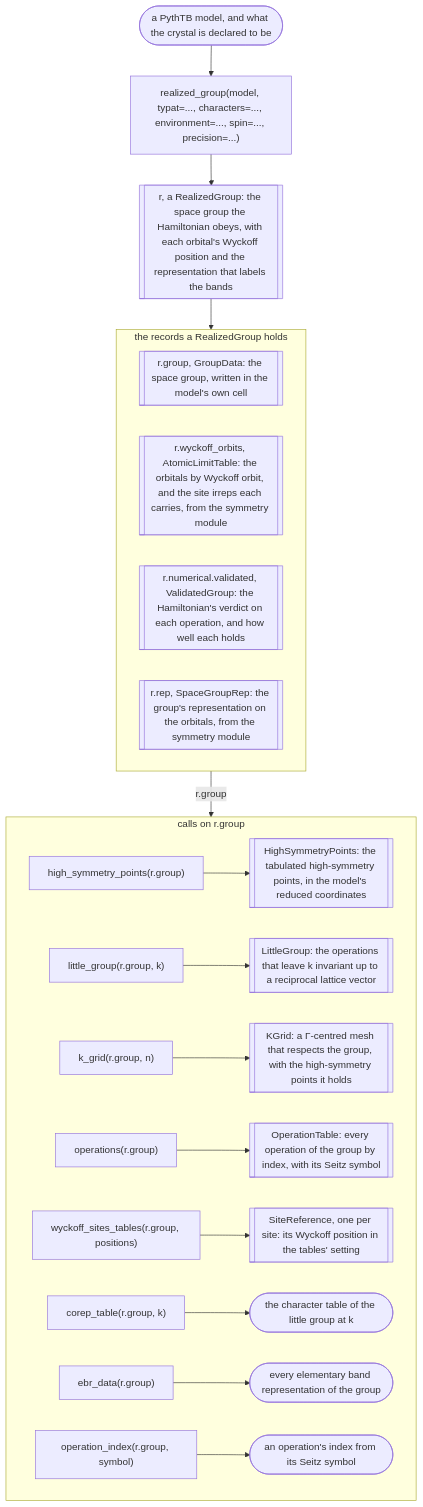
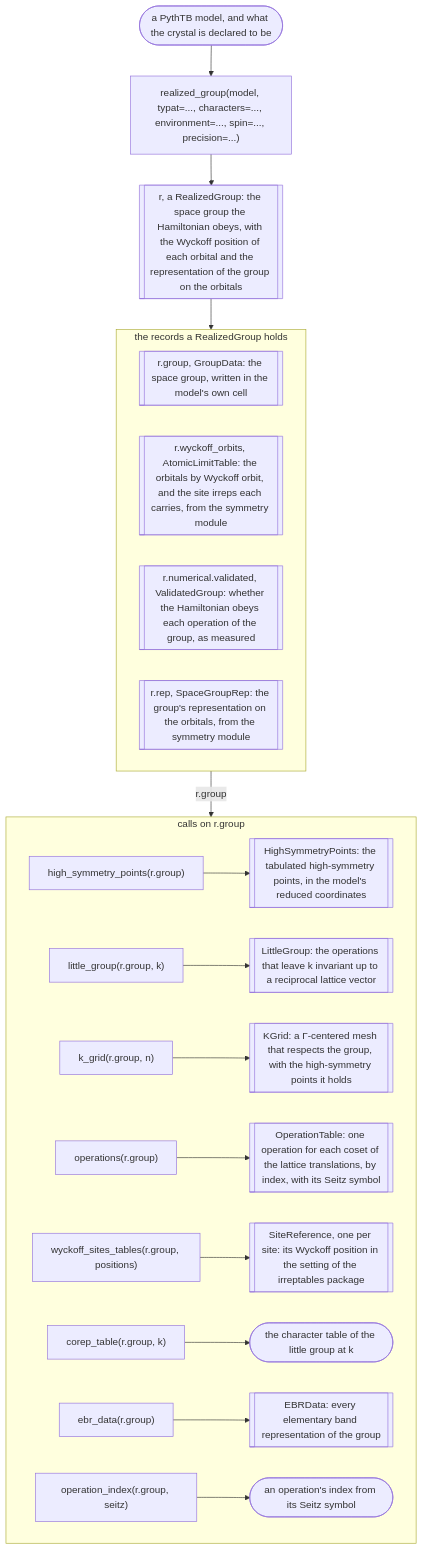
One commit to bbradlyn/pythtqc changed the second of 8 diagrams in docs/background/modules.md. Above: the diagram before and after it, drawn with Mermaid. The commit also changed other lines of this file and 7 other files, not shown here.

````diff
--- a/docs/background/modules.md
+++ b/docs/background/modules.md
@@ -68,30 +78,30 @@
 ```mermaid
 flowchart TD
     g_model(["a PythTB model, and what the crystal is declared to be"])
     g_realized["realized_group(model, typat=..., characters=..., environment=..., spin=..., precision=...)"]
-    g_r[["r, a RealizedGroup: the space group the Hamiltonian obeys, with each orbital's Wyckoff position and the representation that labels the bands"]]
+    g_r[["r, a RealizedGroup: the space group the Hamiltonian obeys, with the Wyckoff position of each orbital and the representation of the group on the orbitals"]]
 
     g_model --> g_realized --> g_r
     g_r --> g_fields
     g_fields -- "r.group" --> g_tables
 
     subgraph g_fields ["the records a RealizedGroup holds"]
         direction LR
         g_group[["r.group, GroupData: the space group, written in the model's own cell"]]
         g_orbits[["r.wyckoff_orbits, AtomicLimitTable: the orbitals by Wyckoff orbit, and the site irreps each carries, from the symmetry module"]]
-        g_validated[["r.numerical.validated, ValidatedGroup: the Hamiltonian's verdict on each operation, and how well each holds"]]
+        g_validated[["r.numerical.validated, ValidatedGroup: whether the Hamiltonian obeys each operation of the group, as measured"]]
         g_rep[["r.rep, SpaceGroupRep: the group's representation on the orbitals, from the symmetry module"]]
     end
 
     subgraph g_tables ["calls on r.group"]
         direction LR
         g_hsp["high_symmetry_points(r.group)"] --> g_hsp_out[["HighSymmetryPoints: the tabulated high-symmetry points, in the model's reduced coordinates"]]
         g_lg["little_group(r.group, k)"] --> g_lg_out[["LittleGroup: the operations that leave k invariant up to a reciprocal lattice vector"]]
-        g_kg["k_grid(r.group, n)"] --> g_kg_out[["KGrid: a Γ-centred mesh that respects the group, with the high-symmetry points it holds"]]
-        g_ops["operations(r.group)"] --> g_ops_out[["OperationTable: every operation of the group by index, with its Seitz symbol"]]
-        g_sites["wyckoff_sites_tables(r.group, positions)"] --> g_sites_out[["SiteReference, one per site: its Wyckoff position in the tables' setting"]]
+        g_kg["k_grid(r.group, n)"] --> g_kg_out[["KGrid: a Γ-centered mesh that respects the group, with the high-symmetry points it holds"]]
+        g_ops["operations(r.group)"] --> g_ops_out[["OperationTable: one operation for each coset of the lattice translations, by index, with its Seitz symbol"]]
+        g_sites["wyckoff_sites_tables(r.group, positions)"] --> g_sites_out[["SiteReference, one per site: its Wyckoff position in the setting of the irreptables package"]]
         g_ct["corep_table(r.group, k)"] --> g_ct_out(["the character table of the little group at k"])
-        g_ed["ebr_data(r.group)"] --> g_ed_out(["every elementary band representation of the group"])
-        g_seitz["operation_index(r.group, symbol)"] --> g_seitz_out(["an operation's index from its Seitz symbol"])
+        g_ed["ebr_data(r.group)"] --> g_ed_out[["EBRData: every elementary band representation of the group"]]
+        g_seitz["operation_index(r.group, seitz)"] --> g_seitz_out(["an operation's index from its Seitz symbol"])
     end
 ```
````
